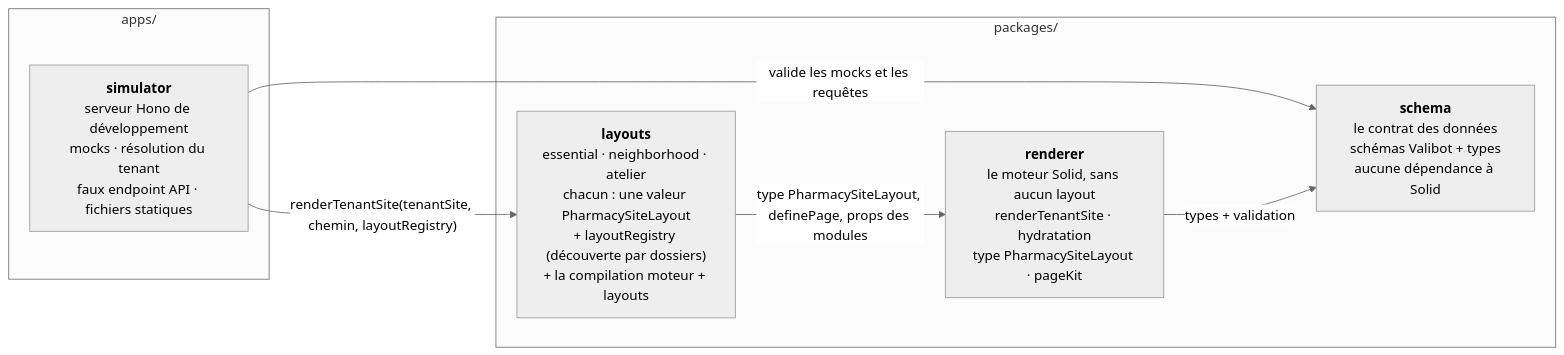
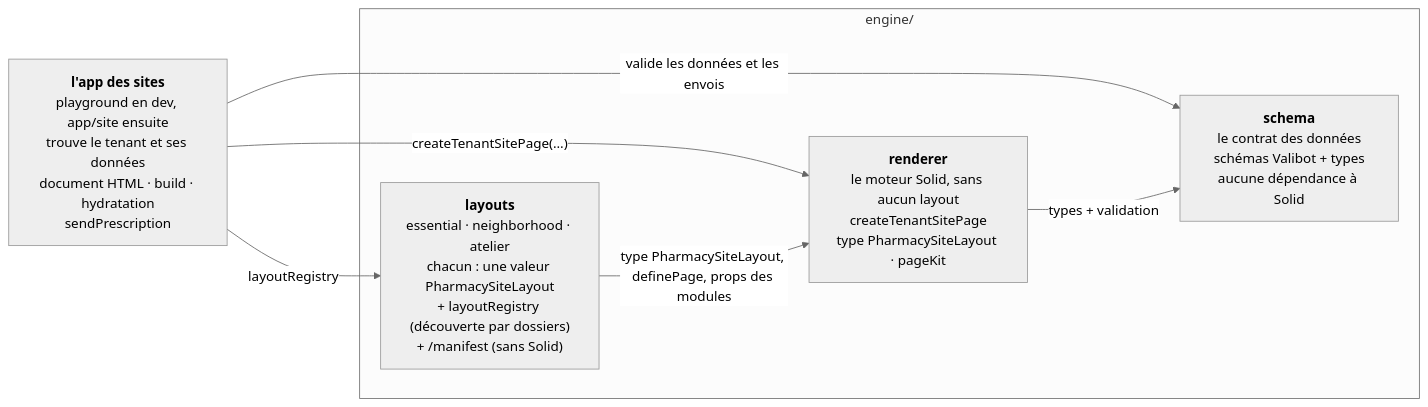
Before and after one commit to BastienGRNT/crystal_pharm: the first of 8 diagrams in app/engine/docs/fonctionnement-complet.md, drawn with Mermaid (neutral theme). The commit also changed other lines of this file and 70 other files, not shown here.

First line of the commit message:
refactor(renderer): un moteur pur, des layouts sans build et leur manifeste

````diff
--- a/app/engine/docs/fonctionnement-complet.md
+++ b/app/engine/docs/fonctionnement-complet.md
@@ -25,15 +28,14 @@
 ```mermaid
 flowchart LR
-    subgraph apps["apps/"]
-        simulator["<b>simulator</b><br/>serveur Hono de développement<br/>mocks · résolution du tenant<br/>faux endpoint API · fichiers statiques"]
-    end
-    subgraph packages["packages/"]
-        layouts["<b>layouts</b><br/>essential · neighborhood · atelier<br/>chacun : une valeur PharmacySiteLayout<br/>+ layoutRegistry (découverte par dossiers)<br/>+ la compilation moteur + layouts"]
-        renderer["<b>renderer</b><br/>le moteur Solid, sans aucun layout<br/>renderTenantSite · hydratation<br/>type PharmacySiteLayout · pageKit"]
+    app["<b>l'app des sites</b><br/>playground en dev, app/site ensuite<br/>trouve le tenant et ses données<br/>document HTML · build · hydratation<br/>sendPrescription"]
+    subgraph engine["engine/"]
+        layouts["<b>layouts</b><br/>essential · neighborhood · atelier<br/>chacun : une valeur PharmacySiteLayout<br/>+ layoutRegistry (découverte par dossiers)<br/>+ /manifest (sans Solid)"]
+        renderer["<b>renderer</b><br/>le moteur Solid, sans aucun layout<br/>createTenantSitePage<br/>type PharmacySiteLayout · pageKit"]
         schema["<b>schema</b><br/>le contrat des données<br/>schémas Valibot + types<br/>aucune dépendance à Solid"]
     end
-    simulator -->|"renderTenantSite(tenantSite, chemin, layoutRegistry)"| layouts
-    simulator -->|"valide les mocks et les requêtes"| schema
+    app -->|"layoutRegistry"| layouts
+    app -->|"createTenantSitePage(…)"| renderer
+    app -->|"valide les données et les envois"| schema
     layouts -->|"type PharmacySiteLayout, definePage, props des modules"| renderer
     renderer -->|"types + validation"| schema
 ```
````
